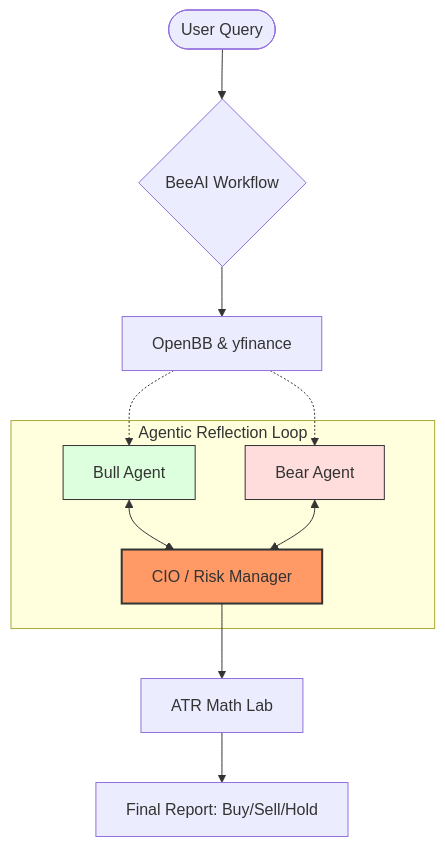
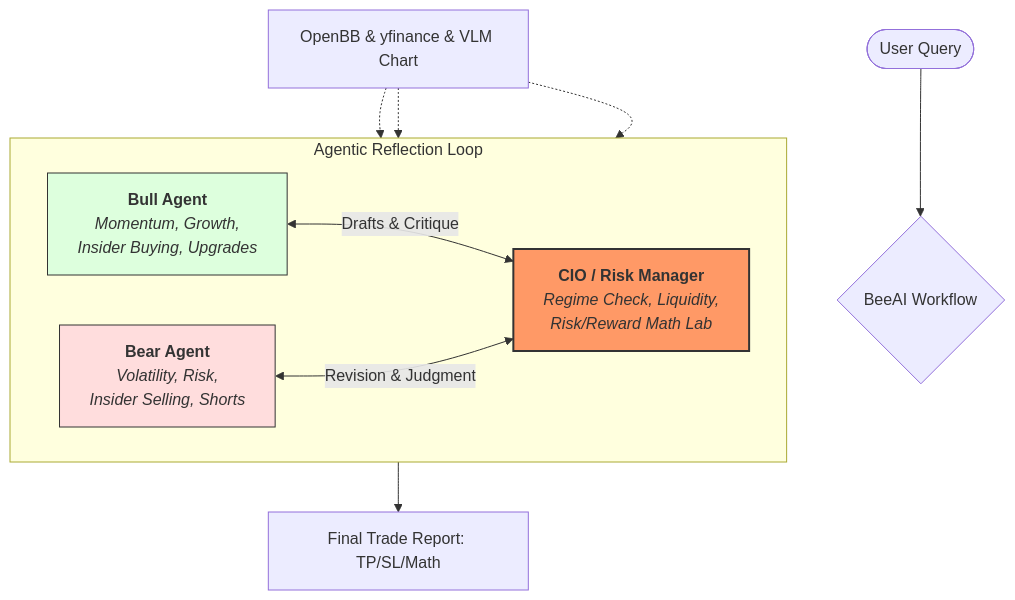
One commit to aarya-pabha/-AI-Stock-Analysis-Chatbot changed the diagram in README.md. Above: the diagram before and after it, drawn with Mermaid. The commit also changed other lines of this file and 2 other files, not shown here.

Commit message:
docs: comprehensive rewrite with accurate tool-agent mapping and 2026 AI standards

````diff
--- a/README.md
+++ b/README.md
@@ -23,20 +23,20 @@
 ```mermaid
 graph TD
     User([User Query]) --> Orchestrator{BeeAI Workflow}
-    Orchestrator --> Tools[OpenBB & yfinance]
     
     subgraph "Agentic Reflection Loop"
-        Bull[Bull Agent] <--> CIO[CIO / Risk Manager]
-        Bear[Bear Agent] <--> CIO
+        direction LR
+        Bull[<b>Bull Agent</b><br/><i>Momentum, Growth,<br>Insider Buying, Upgrades</i>] <--> |Drafts & Critique| CIO[<b>CIO / Risk Manager</b><br/><i>Regime Check, Liquidity,<br>Risk/Reward Math Lab</i>]
+        Bear[<b>Bear Agent</b><br/><i>Volatility, Risk,<br>Insider Selling, Shorts</i>] <--> |Revision & Judgment| CIO
     end
     
-    Tools -.-> Bull
+    Tools[OpenBB & yfinance & VLM Chart] -.-> Bull
     Tools -.-> Bear
+    Tools -.-> CIO
     
-    CIO --> Math[ATR Math Lab]
-    Math --> Final[Final Report: Buy/Sell/Hold]
+    CIO --> Final[Final Trade Report: TP/SL/Math]
     
     style CIO fill:#f96,stroke:#333,stroke-width:2px
     style Bull fill:#dfd,stroke:#333
     style Bear fill:#fdd,stroke:#333
 ```
````
